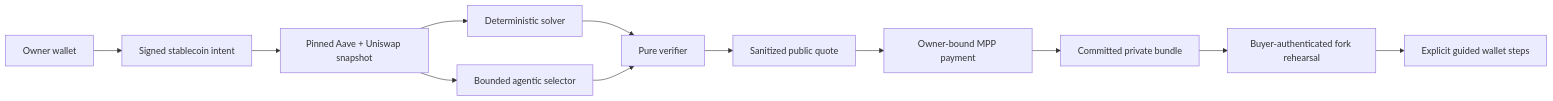
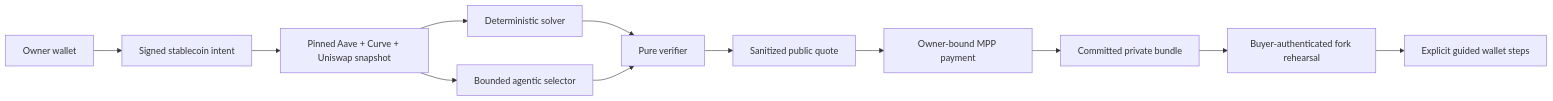
Before and after one commit to SebastianBoehler/cobia: the diagram in README.md, drawn with Mermaid. The commit also changed other lines of this file and 68 other files, not shown here.

````diff
--- a/README.md
+++ b/README.md
@@ -52,14 +52,14 @@
 ```mermaid
 flowchart LR
     W["Owner wallet"] --> I["Signed stablecoin intent"]
-    I --> S["Pinned Aave + Uniswap snapshot"]
+    I --> S["Pinned Aave + Curve + Uniswap snapshot"]
     S --> D["Deterministic solver"]
     S --> A["Bounded agentic selector"]
     D --> V["Pure verifier"]
     A --> V
     V --> Q["Sanitized public quote"]
     Q --> P["Owner-bound MPP payment"]
     P --> R["Committed private bundle"]
     R --> F["Buyer-authenticated fork rehearsal"]
     F --> E["Explicit guided wallet steps"]
 ```
````
